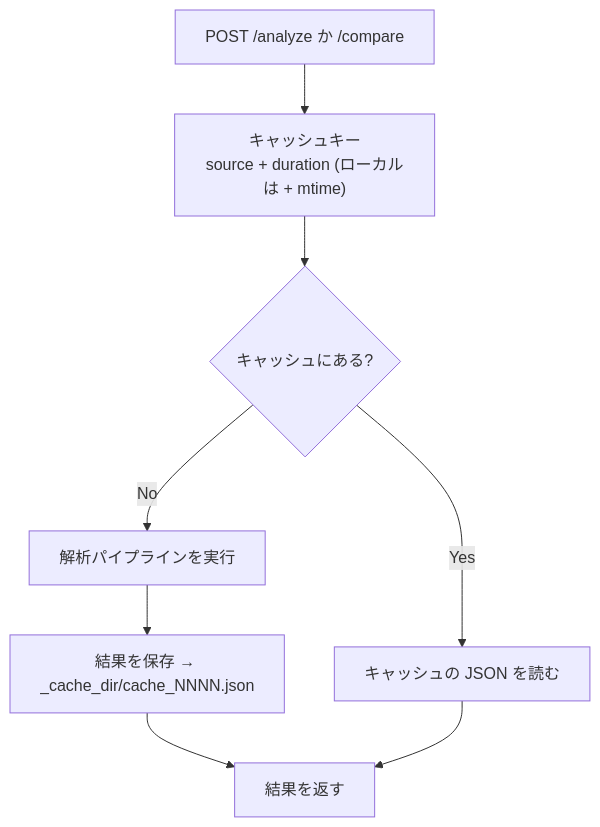
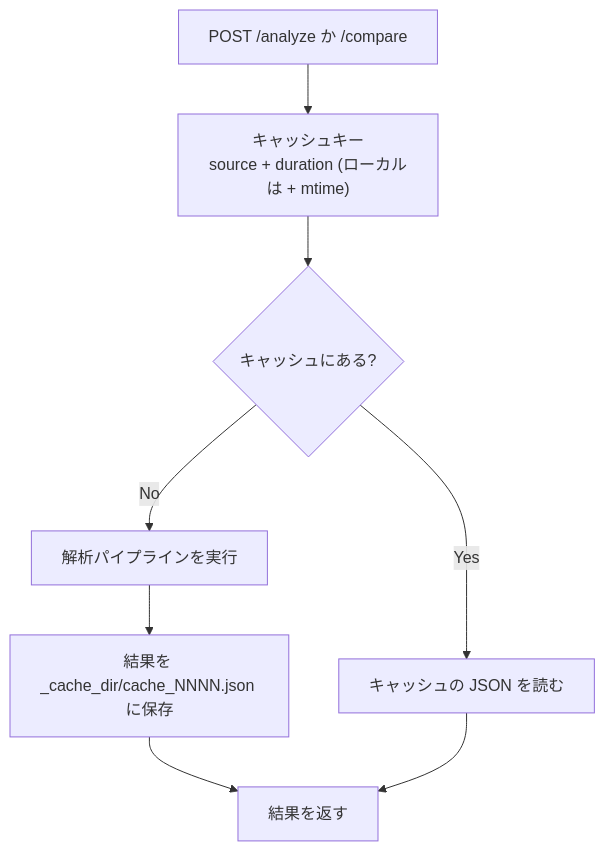
The eighth of 18 diagrams in docs/architecture.ja.md (semnil/analyze-spectrum), drawn with Mermaid before and after one commit. The commit also changed other lines of this file and 7 other files, not shown here.

````diff
--- a/docs/architecture.ja.md
+++ b/docs/architecture.ja.md
@@ -210,17 +224,17 @@
 ```mermaid
 flowchart TD
     REQ["POST /analyze か /compare"]
     KEY["キャッシュキー<br>source + duration (ローカルは + mtime)"]
     HIT{"キャッシュにある?"}
     CACHED["キャッシュの JSON を読む"]
     ANALYZE["解析パイプラインを実行"]
-    STORE["結果を保存 → _cache_dir/cache_NNNN.json"]
+    STORE["結果を _cache_dir/cache_NNNN.json に保存"]
 
     REQ --> KEY
     KEY --> HIT
     HIT -->|Yes| CACHED
     HIT -->|No| ANALYZE
     ANALYZE --> STORE
     STORE --> RESULT["結果を返す"]
     CACHED --> RESULT
 ```
````
